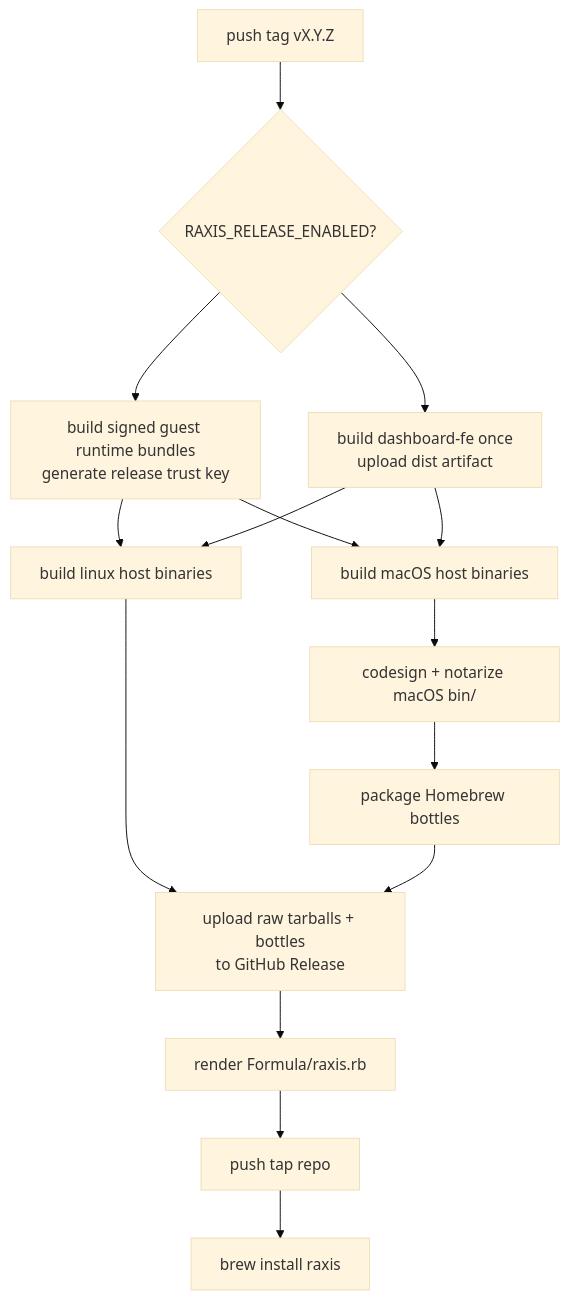
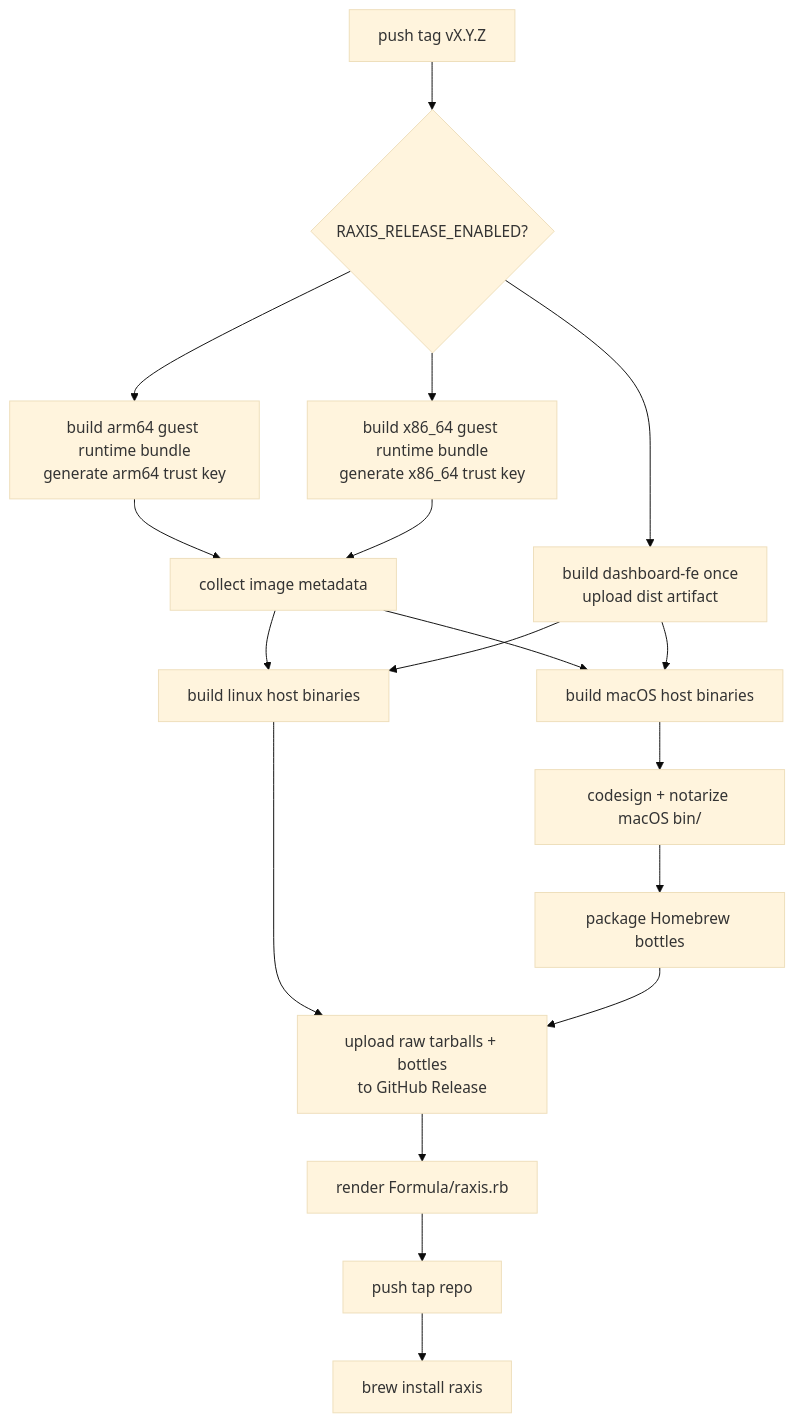
One commit to chika5105/raxis changed the second of 2 diagrams in raxis/release/README.md. Above: the diagram before and after it, drawn with Mermaid (base theme). The commit also changed other lines of this file and 3 other files, not shown here.

Commit message:
Fan out guest runtime release builds

````diff
--- a/raxis/release/README.md
+++ b/raxis/release/README.md
@@ -172,28 +174,33 @@
 ```mermaid
 flowchart TD
     tag["push tag vX.Y.Z"]
     gate{"RAXIS_RELEASE_ENABLED?"}
-    images["build signed guest runtime bundles<br/>generate release trust key"]
+    images_arm["build arm64 guest runtime bundle<br/>generate arm64 trust key"]
+    images_x86["build x86_64 guest runtime bundle<br/>generate x86_64 trust key"]
+    meta["collect image metadata"]
     dashboard["build dashboard-fe once<br/>upload dist artifact"]
     linux["build linux host binaries"]
     mac["build macOS host binaries"]
     notarize["codesign + notarize macOS bin/"]
     bottles["package Homebrew bottles"]
     publish["upload raw tarballs + bottles<br/>to GitHub Release"]
     formula["render Formula/raxis.rb"]
     tap["push tap repo"]
     user["brew install raxis"]
 
     tag --> gate
-    gate --> images
+    gate --> images_arm
+    gate --> images_x86
     gate --> dashboard
-    images --> linux
-    images --> mac
+    images_arm --> meta
+    images_x86 --> meta
+    meta --> linux
+    meta --> mac
     dashboard --> linux
     dashboard --> mac
     mac --> notarize
     notarize --> bottles
     linux --> publish
     bottles --> publish
     publish --> formula --> tap --> user
 ```
````
